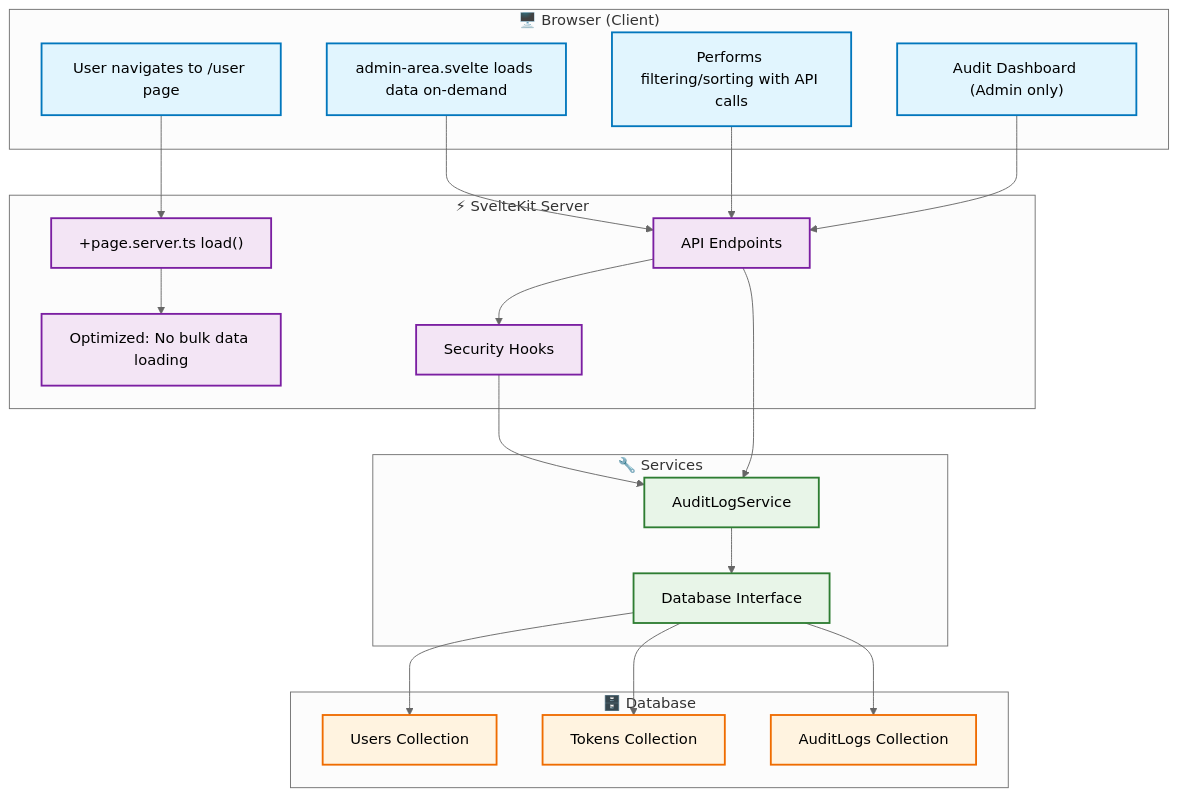
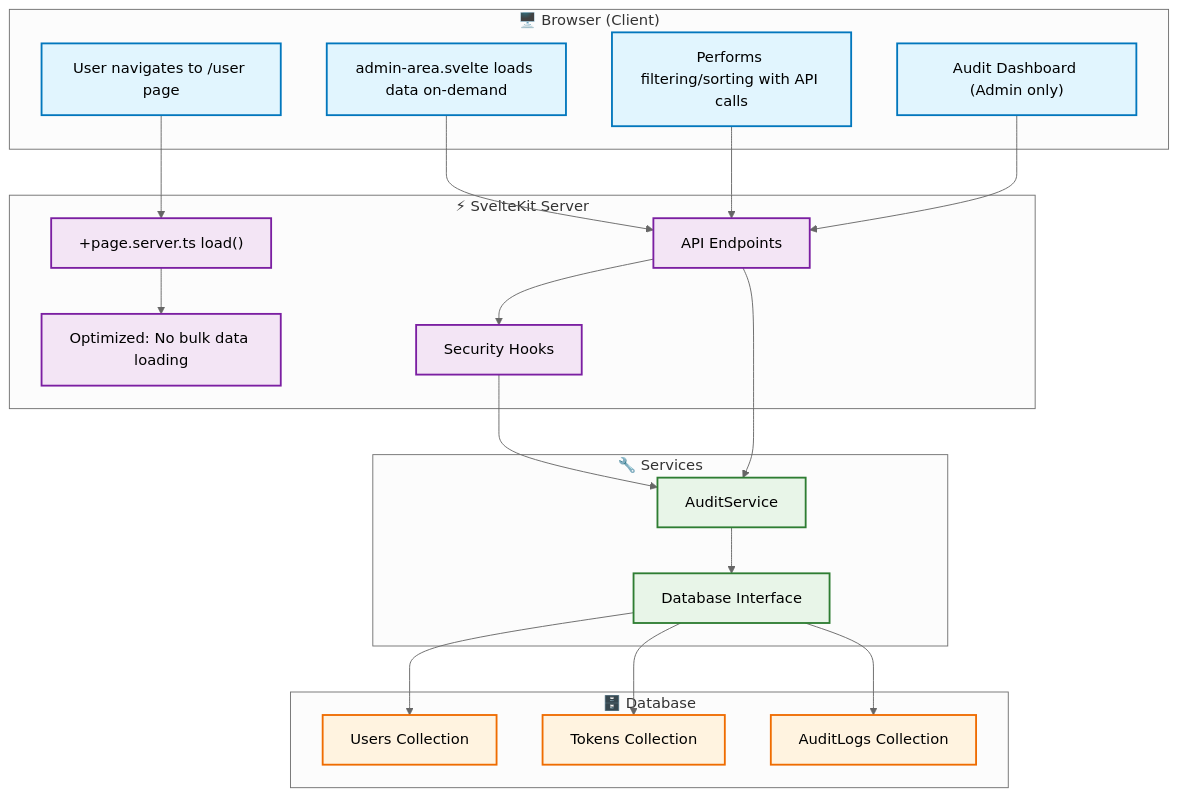
One commit to SveltyCMS/SveltyCMS changed the diagram in docs/architecture/user-management-overview.mdx. Above: the diagram before and after it, drawn with Mermaid. The commit also changed other lines of this file and 509 other files, not shown here.

First line of the commit message:
perf: domain-driven service architecture and lazy-loaded SDK

````diff
--- a/docs/architecture/user-management-overview.mdx
+++ b/docs/architecture/user-management-overview.mdx
@@ -129,63 +129,63 @@
 ```mermaid
 %%{ init: { 'theme': 'neutral' } }%%
 graph TD
     subgraph Browser["🖥️ Browser (Client)"]
         A["User navigates to /user page"]
         D["admin-area.svelte loads data on-demand"]
         E["Performs filtering/sorting with API calls"]
         F["Audit Dashboard (Admin only)"]
     end
 
     subgraph Server["⚡ SvelteKit Server"]
         B["+page.server.ts load()"]
         C["Optimized: No bulk data loading"]
         H["API Endpoints"]
         I["Security Hooks"]
     end
 
     subgraph Services["🔧 Services"]
-        J["AuditLogService"]
+        J["AuditService"]
         K["Database Interface"]
     end
 
     subgraph Database["🗄️ Database"]
         L[Users Collection]
         M[Tokens Collection]
         N[AuditLogs Collection]
     end
 
     %% Navigation flow
     A --> B
     B --> C
 
     %% Admin area data loading
     D --> H
     E --> H
 
     %% Audit dashboard access
     F --> H
 
     %% Security and audit flow
     H --> I
     I --> J
 
     %% Database operations
     J --> K
     K --> L
     K --> M
     K --> N
 
     %% Additional audit logging
     H --> J
 
     %% Styling
     classDef browserStyle fill:#e1f5fe,stroke:#0277bd,stroke-width:2px
     classDef serverStyle fill:#f3e5f5,stroke:#7b1fa2,stroke-width:2px
     classDef serviceStyle fill:#e8f5e8,stroke:#2e7d32,stroke-width:2px
     classDef dbStyle fill:#fff3e0,stroke:#ef6c00,stroke-width:2px
 
     class A,D,E,F browserStyle
     class B,C,H,I serverStyle
     class J,K serviceStyle
     class L,M,N dbStyle
 ```
````
